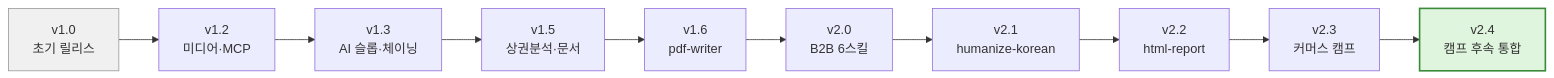
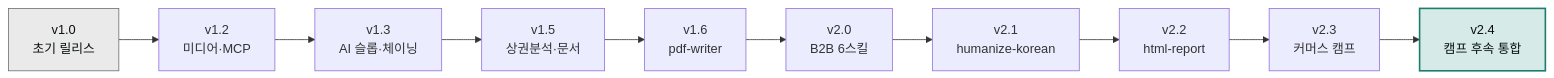
The diagram in content/releases/_index.md (modu-ai/claude), drawn with Mermaid before and after one commit. The commit also changed 97 other files, not shown here.

First line of the commit message:
style(docs-site): mermaid 색상 브랜드 정합 + 라이트 테마 단일화

````diff
--- a/content/releases/_index.md
+++ b/content/releases/_index.md
@@ -9,15 +9,15 @@
 ```mermaid
 flowchart LR
     V10["v1.0<br/>초기 릴리스"] --> V12["v1.2<br/>미디어·MCP"]
     V12 --> V13["v1.3<br/>AI 슬롭·체이닝"]
     V13 --> V15["v1.5<br/>상권분석·문서"]
     V15 --> V16["v1.6<br/>pdf-writer"]
     V16 --> V20["v2.0<br/>B2B 6스킬"]
     V20 --> V21["v2.1<br/>humanize-korean"]
     V21 --> V22["v2.2<br/>html-report"]
     V22 --> V23["v2.3<br/>커머스 캠프"]
     V23 --> V24["v2.4<br/>캠프 후속 통합"]
 
-    style V10 fill:#f0f0f0,stroke:#999
-    style V24 fill:#dff5dd,stroke:#3a8a3a,stroke-width:2px
+    style V10 fill:#eaeaea,stroke:#6e6e6e,color:#09110f
+    style V24 fill:#d6ebe7,stroke:#1c7c70,stroke-width:2px,color:#09110f
 ```
````
